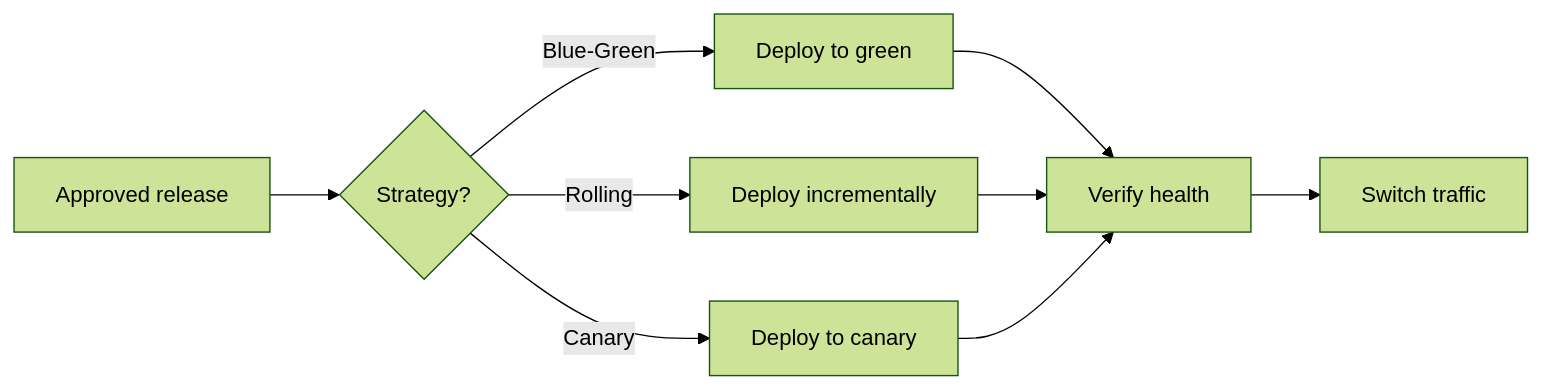
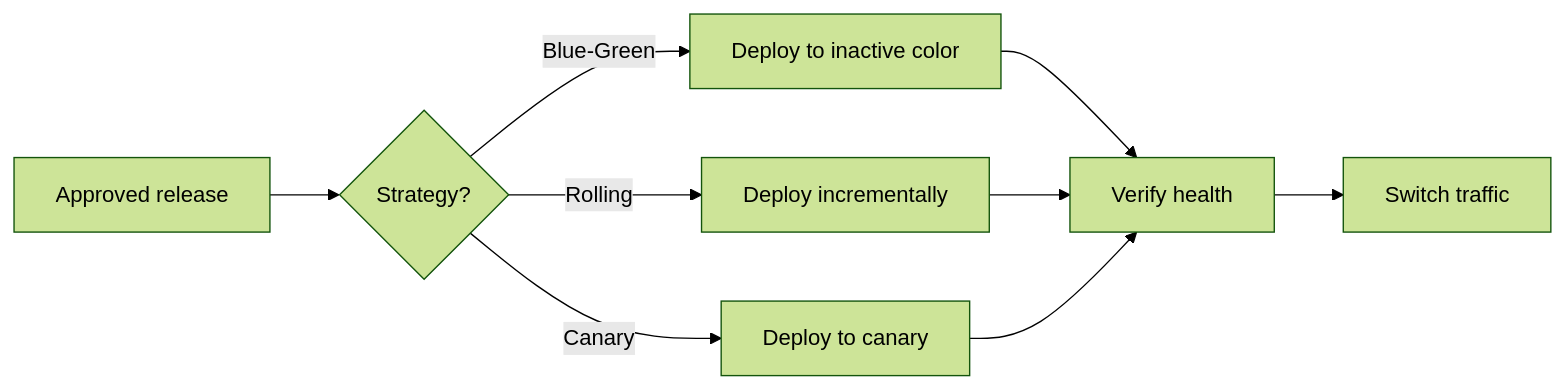
The third of 5 diagrams in docs/explanation/continuous-delivery/cd-model/cd-model-stages-8-12.md (ready-to-release/eac), drawn with Mermaid (forest theme) before and after one commit. The commit also changed other lines of this file and 44 other files, not shown here.

````diff
--- a/docs/explanation/continuous-delivery/cd-model/cd-model-stages-8-12.md
+++ b/docs/explanation/continuous-delivery/cd-model/cd-model-stages-8-12.md
@@ -221,15 +221,15 @@
 ```mermaid
 flowchart LR
     Approved[Approved release] --> Strategy{Strategy?}
 
-    Strategy -->|Blue-Green| BG[Deploy to green]
+    Strategy -->|Blue-Green| BG[Deploy to inactive color]
     Strategy -->|Rolling| Roll[Deploy incrementally]
     Strategy -->|Canary| Can[Deploy to canary]
 
     BG --> Verify[Verify health]
     Roll --> Verify
     Can --> Verify
 
     Verify --> Switch[Switch traffic]
 
 ```
````
